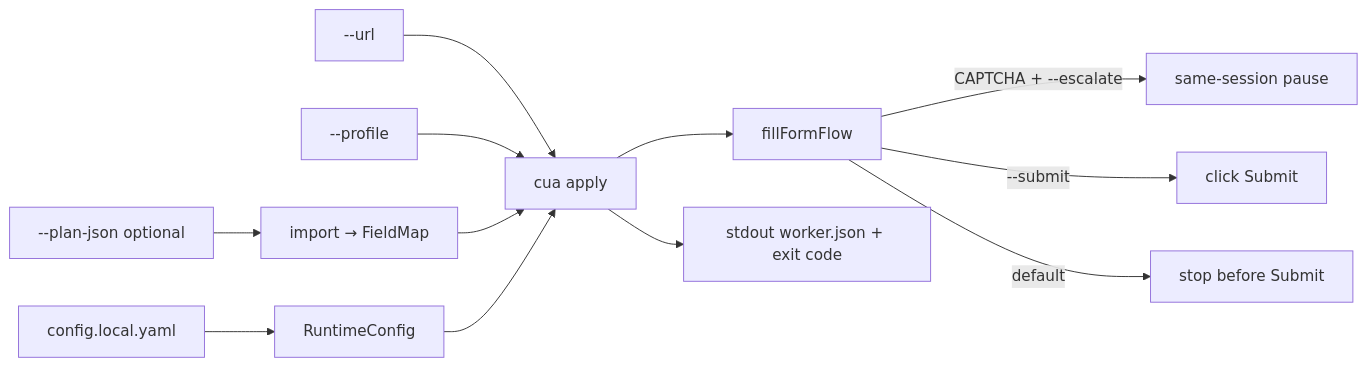
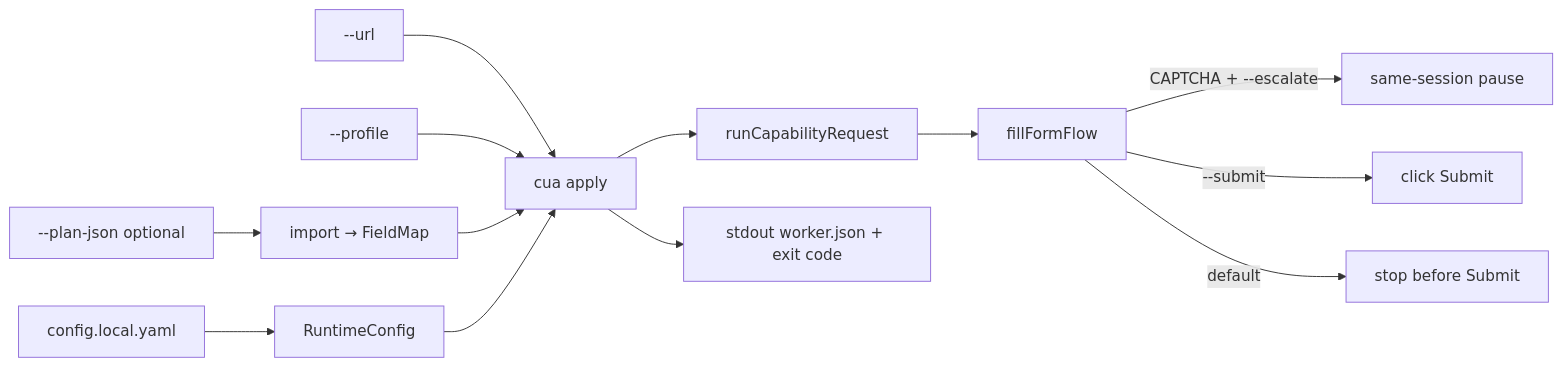
Before and after one commit to vishwaksena-dingari/computer-use-automation: the diagram in docs/APPLY.md, drawn with Mermaid. The commit also changed other lines of this file and 3 other files, not shown here.

````diff
--- a/docs/APPLY.md
+++ b/docs/APPLY.md
@@ -17,14 +17,15 @@
 ```mermaid
 flowchart LR
   URL["--url"] --> APPLY["cua apply"]
   PROF["--profile"] --> APPLY
   PLAN["--plan-json optional"] --> IMPORT["import → FieldMap"]
   IMPORT --> APPLY
   LOCAL["config.local.yaml"] --> CFG[RuntimeConfig]
   CFG --> APPLY
-  APPLY --> FILL["fillFormFlow"]
+  APPLY --> RUN["runCapabilityRequest"]
+  RUN --> FILL["fillFormFlow"]
   FILL -->|CAPTCHA + --escalate| HITL["same-session pause"]
   FILL -->|--submit| SUB["click Submit"]
   FILL -->|default| STOP["stop before Submit"]
   APPLY --> OUT["stdout worker.json + exit code"]
 ```
````
